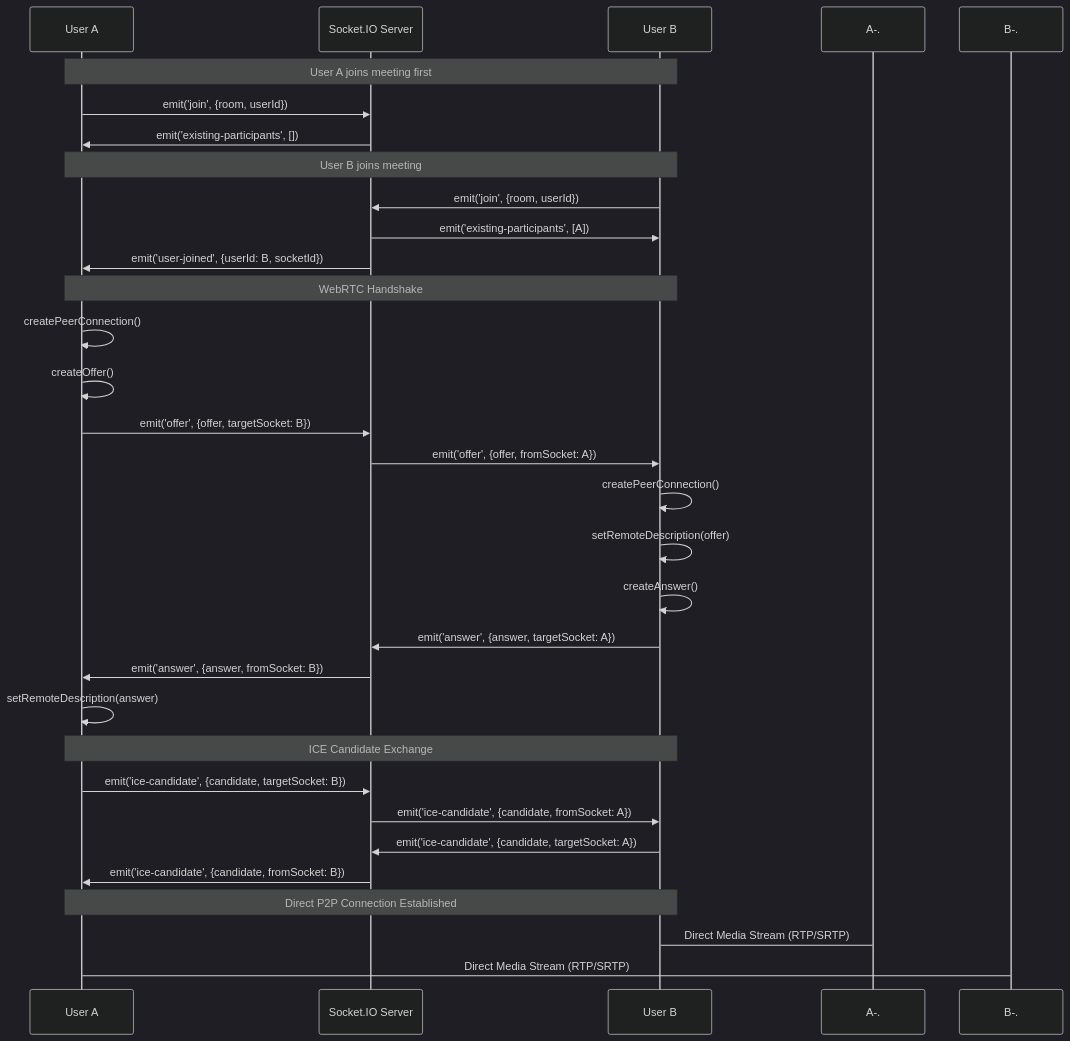
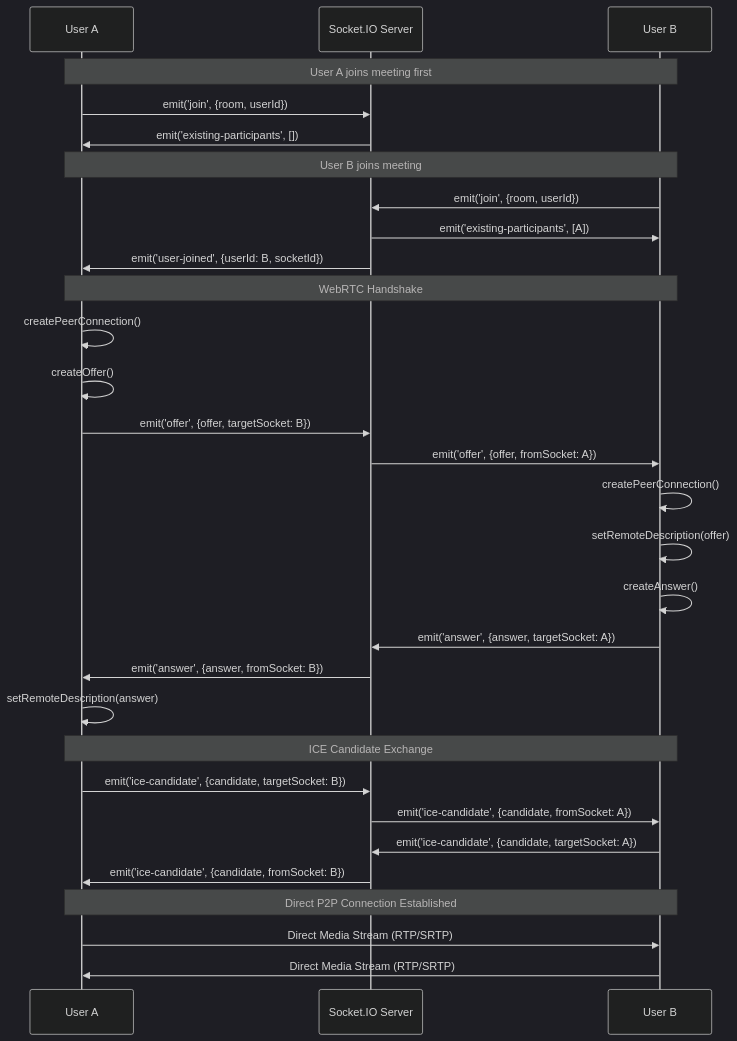
One commit to dxy-katzchen/real-time-communication changed the second of 2 diagrams in README.md. Above: the diagram before and after it, drawn with Mermaid (dark theme). The commit also changed other lines of this file, not shown here.

````diff
--- a/README.md
+++ b/README.md
@@ -99,39 +76,39 @@
 ```mermaid
 sequenceDiagram
     participant A as User A
     participant S as Socket.IO Server
     participant B as User B
 
     Note over A,B: User A joins meeting first
     A->>S: emit('join', {room, userId})
     S->>A: emit('existing-participants', [])
 
     Note over A,B: User B joins meeting
     B->>S: emit('join', {room, userId})
     S->>B: emit('existing-participants', [A])
     S->>A: emit('user-joined', {userId: B, socketId})
 
     Note over A,B: WebRTC Handshake
     A->>A: createPeerConnection()
     A->>A: createOffer()
     A->>S: emit('offer', {offer, targetSocket: B})
     S->>B: emit('offer', {offer, fromSocket: A})
 
     B->>B: createPeerConnection()
     B->>B: setRemoteDescription(offer)
     B->>B: createAnswer()
     B->>S: emit('answer', {answer, targetSocket: A})
     S->>A: emit('answer', {answer, fromSocket: B})
 
     A->>A: setRemoteDescription(answer)
 
     Note over A,B: ICE Candidate Exchange
     A->>S: emit('ice-candidate', {candidate, targetSocket: B})
     S->>B: emit('ice-candidate', {candidate, fromSocket: A})
     B->>S: emit('ice-candidate', {candidate, targetSocket: A})
     S->>A: emit('ice-candidate', {candidate, fromSocket: B})
 
     Note over A,B: Direct P2P Connection Established
-    A-.->B: Direct Media Stream (RTP/SRTP)
-    B-.->A: Direct Media Stream (RTP/SRTP)
+    A->>B: Direct Media Stream (RTP/SRTP)
+    B->>A: Direct Media Stream (RTP/SRTP)
 ```
````
